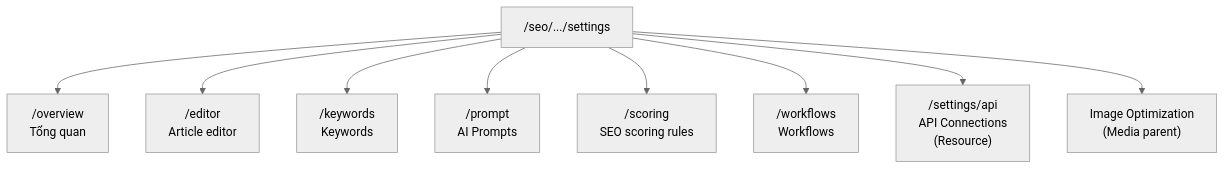
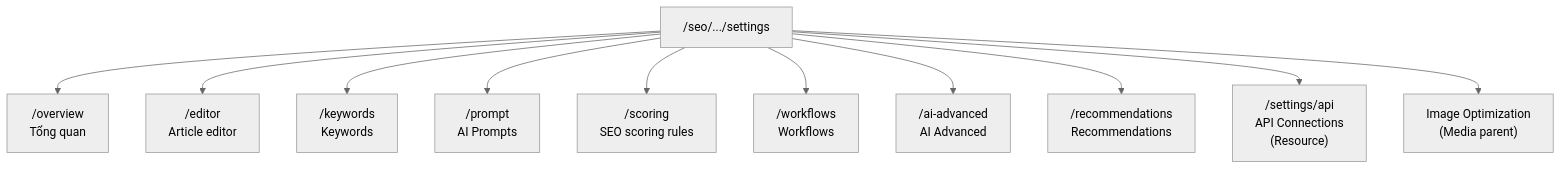
Before and after one commit to trung8356621/omnichannel-backend: the first of 2 diagrams in docs/MAP_SEO_SETTINGS.md, drawn with Mermaid (neutral theme). The commit also changed other lines of this file and 153 other files, not shown here.

````diff
--- a/docs/MAP_SEO_SETTINGS.md
+++ b/docs/MAP_SEO_SETTINGS.md
@@ -17,12 +17,14 @@
 ```mermaid
 flowchart TB
     SETTINGS["/seo/.../settings"]
     SETTINGS --> OVERVIEW["/overview<br/>Tổng quan"]
     SETTINGS --> EDITOR["/editor<br/>Article editor"]
     SETTINGS --> KEYWORDS["/keywords<br/>Keywords"]
     SETTINGS --> PROMPT["/prompt<br/>AI Prompts"]
     SETTINGS --> SCORING["/scoring<br/>SEO scoring rules"]
     SETTINGS --> WORKFLOWS["/workflows<br/>Workflows"]
+    SETTINGS --> AI_ADV["/ai-advanced<br/>AI Advanced"]
+    SETTINGS --> REC["/recommendations<br/>Recommendations"]
     SETTINGS --> AI["/settings/api<br/>API Connections<br/>(Resource)"]
     SETTINGS --> IMG["Image Optimization<br/>(Media parent)"]
 ```
````
